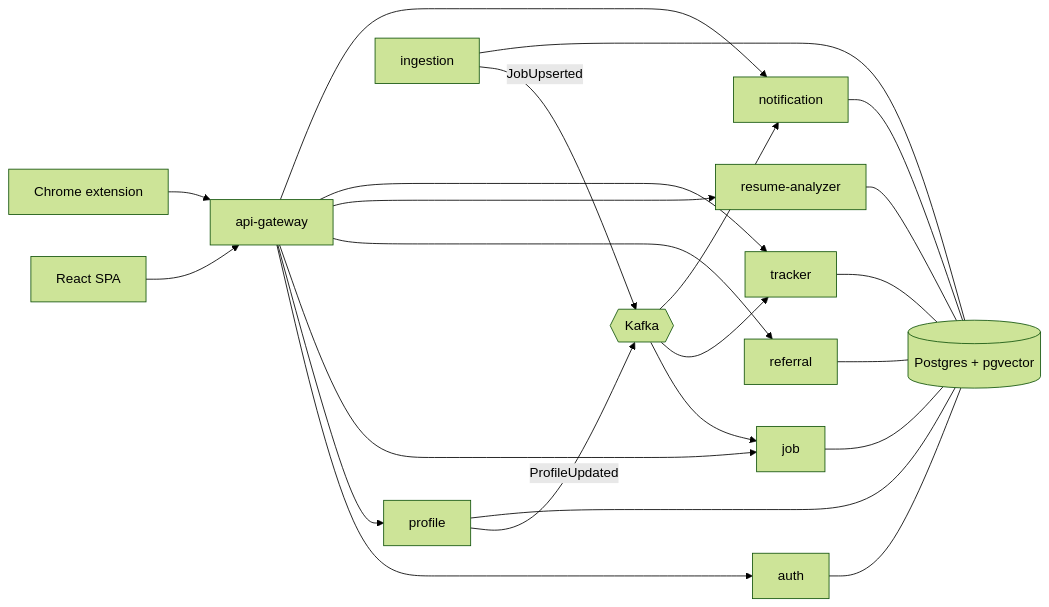
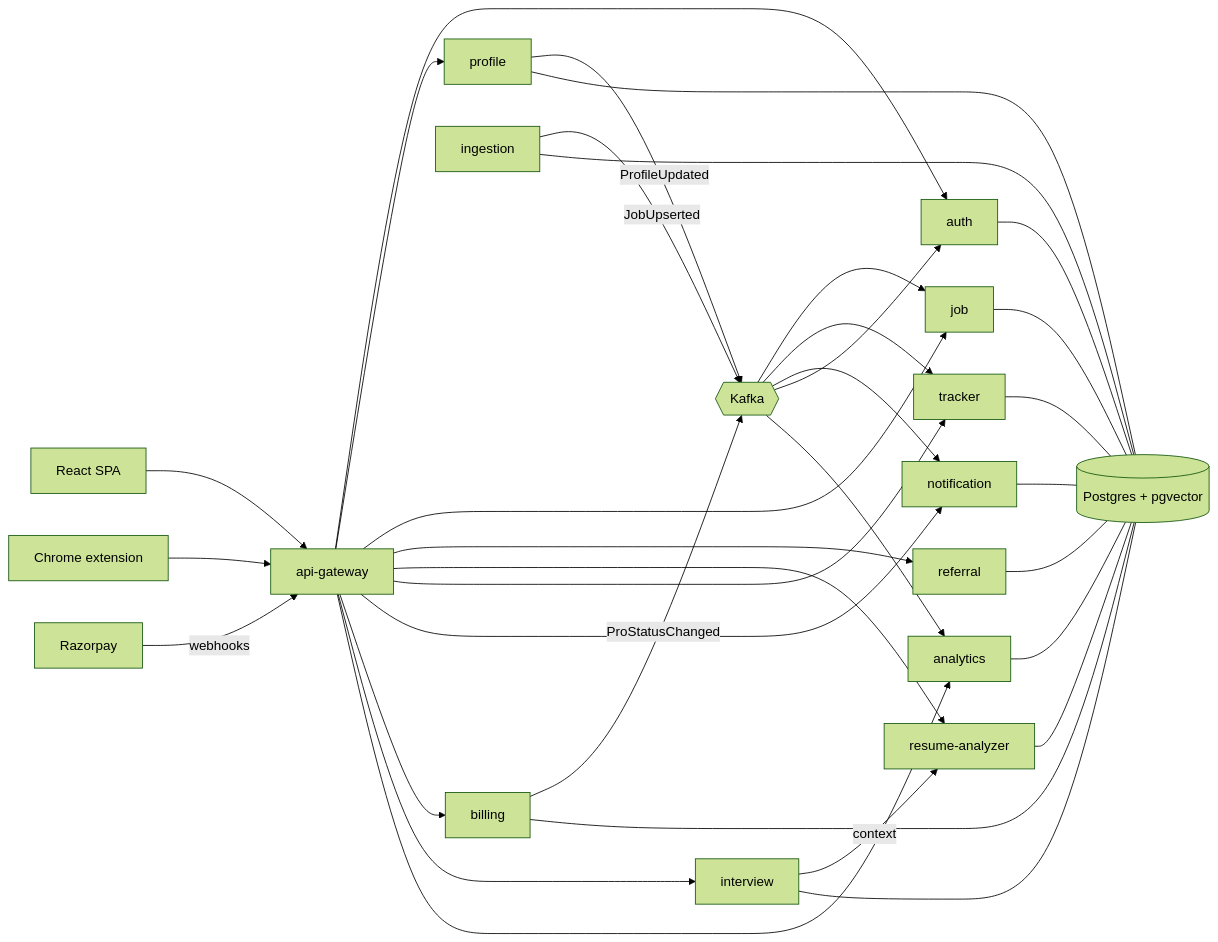
One commit to Dimple9812/referboard changed the diagram in README.md. Above: the diagram before and after it, drawn with Mermaid (forest theme). The commit also changed other lines of this file and 105 other files, not shown here.

First line of the commit message:
Phase 3: interview prep, insights and Razorpay Pro passes

````diff
--- a/README.md
+++ b/README.md
@@ -10,10 +10,14 @@
 ```mermaid
 flowchart LR
     SPA[React SPA] --> GW[api-gateway]
     EXT[Chrome extension] --> GW
     GW --> AUTH[auth] & PROF[profile] & JOB[job] & REF[referral] & ANA[resume-analyzer] & TRK[tracker] & NOT[notification]
+    GW --> BIL[billing] & INT[interview] & ANL[analytics]
+    RZP[Razorpay] -- webhooks --> GW
+    INT -- context --> ANA
     ING[ingestion] -- JobUpserted --> K{{Kafka}}
     PROF -- ProfileUpdated --> K
-    K --> JOB & TRK & NOT
-    AUTH & PROF & ING & JOB & REF & ANA & TRK & NOT --- PG[(Postgres + pgvector)]
+    BIL -- ProStatusChanged --> K
+    K --> JOB & TRK & NOT & AUTH & ANL
+    AUTH & PROF & ING & JOB & REF & ANA & TRK & NOT & BIL & INT & ANL --- PG[(Postgres + pgvector)]
 ```
````
